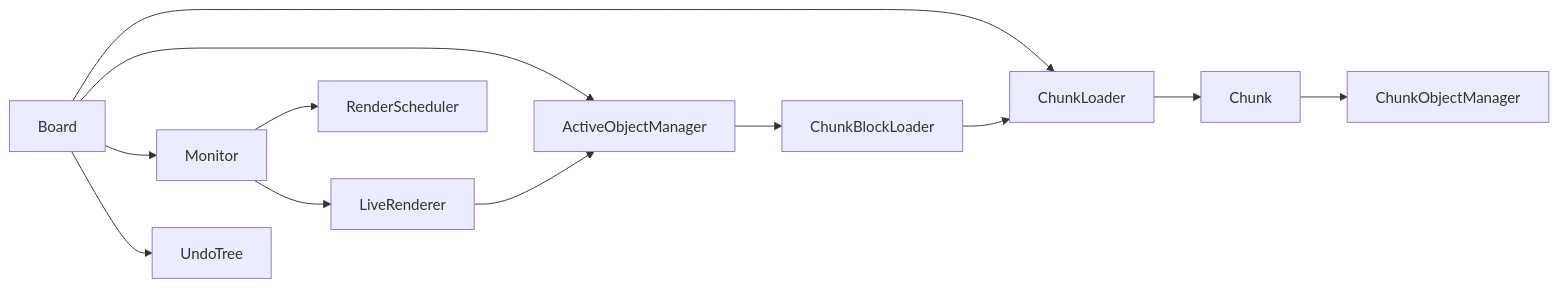
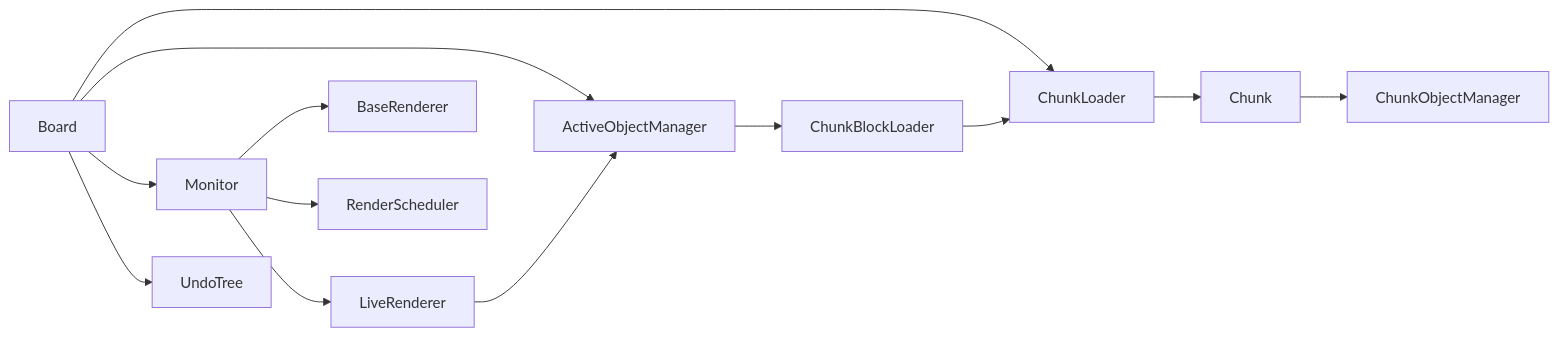
One commit to Frank-Steven/HoundWhiteboard changed the diagram in src/core/components/docs/components-document.md. Above: the diagram before and after it, drawn with Mermaid. The commit also changed other lines of this file and 10 other files, not shown here.

First line of the commit message:
feat(renderer): 实现用于静态图层渲染的 BaseRenderer

````diff
--- a/src/core/components/docs/components-document.md
+++ b/src/core/components/docs/components-document.md
@@ -21,25 +22,27 @@
 ```mermaid
 graph LR
   B["Board"]
   C["Chunk"]
   CL["ChunkLoader"]
   COM["ChunkObjectManager"]
   AOM["ActiveObjectManager"]
   CBL["ChunkBlockLoader"]
   M["Monitor"]
+  BR["BaseRenderer"]
   RS["RenderScheduler"]
   LR["LiveRenderer"]
   UT["UndoTree"]
 
   B --> CL
   CL --> C
   C --> COM
   B --> AOM
   B --> M
   B --> UT
   CBL --> CL
   AOM --> CBL
+  M --> BR
   M --> RS
   M --> LR
   LR --> AOM
 ```
````
